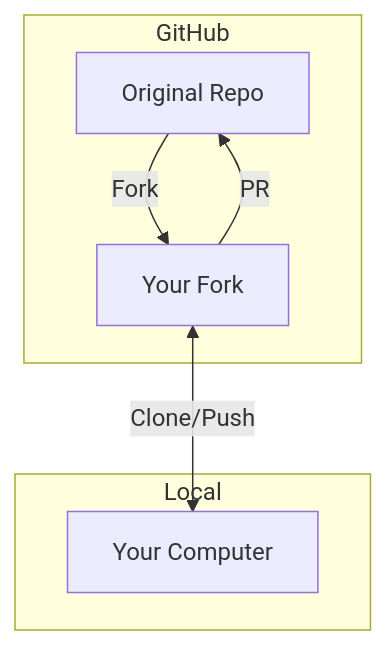
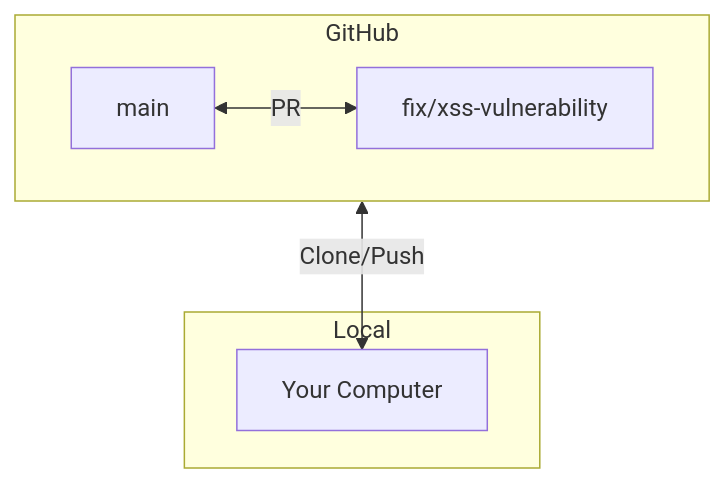
One commit to cynthiateeters/security-safari-starter changed the fourth of 4 diagrams in docs/tutorials/git-workflow.md. Above: the diagram before and after it, drawn with Mermaid. The commit also changed other lines of this file and 5 other files, not shown here.

````diff
--- a/docs/tutorials/git-workflow.md
+++ b/docs/tutorials/git-workflow.md
@@ -222,13 +232,12 @@
 ```mermaid
 flowchart TB
     subgraph GitHub
-        A[Original Repo] -->|Fork| B[Your Fork]
-        B -->|PR| A
+        A[main] <-->|PR| B[fix/xss-vulnerability]
     end
 
     subgraph Local
         C[Your Computer]
     end
 
-    B <-->|Clone/Push| C
+    GitHub <-->|Clone/Push| C
 ```
````
